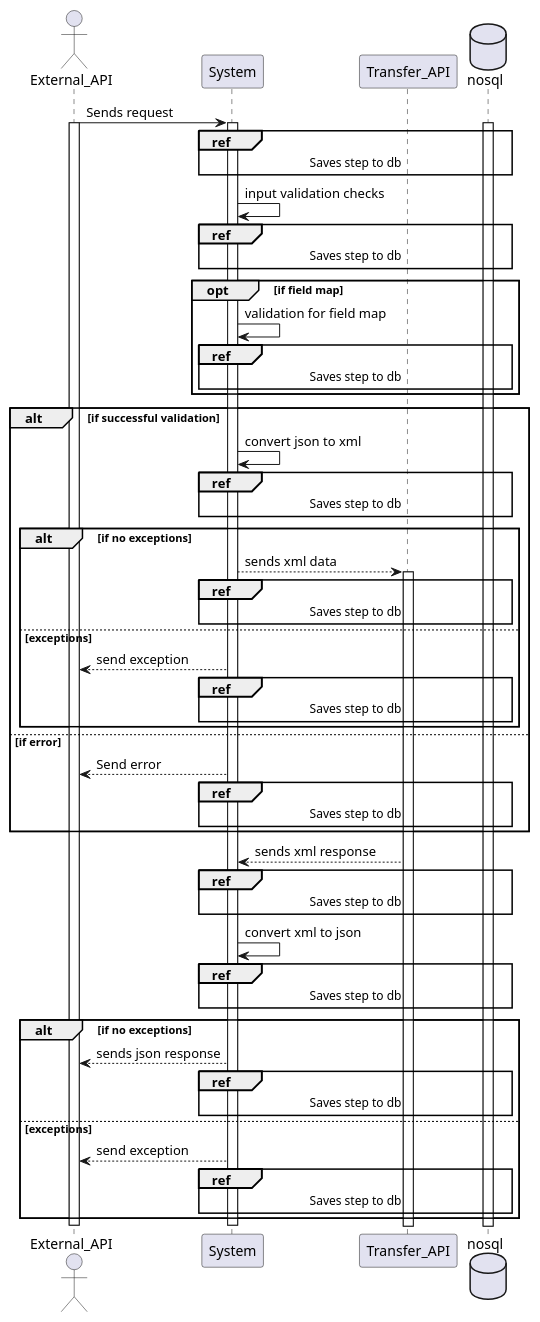
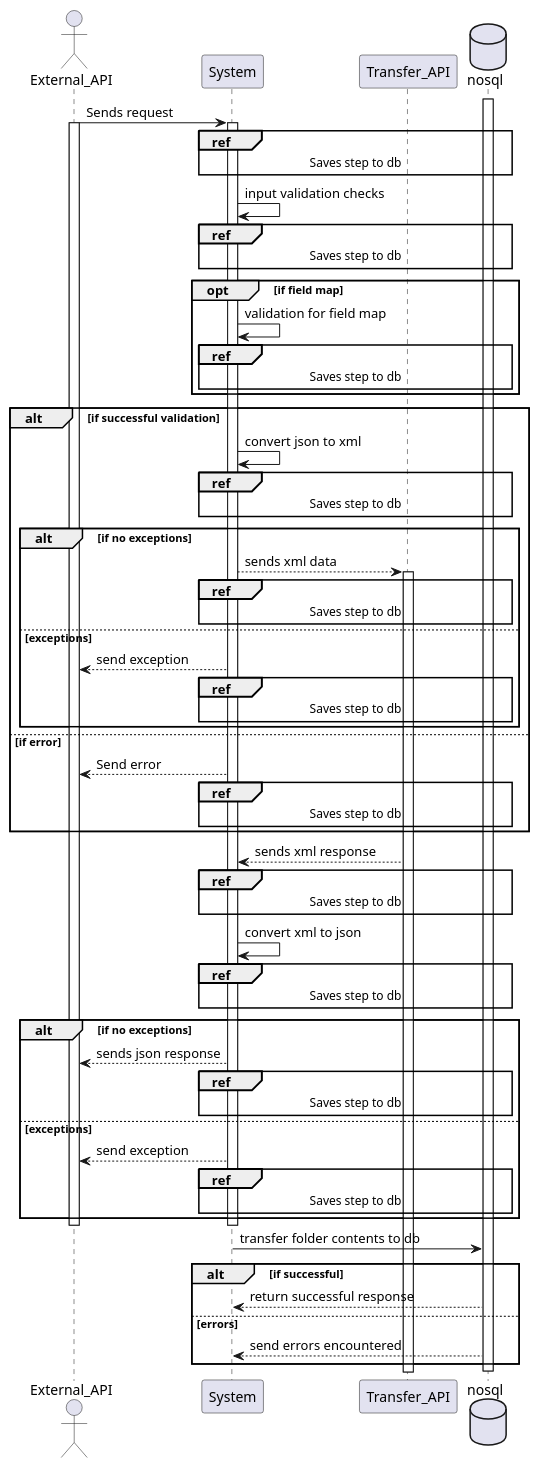
One commit to sadeeqilu/JsonToXML changed the diagram in src/doc/uml.puml. Above: the diagram before and after it, drawn with PlantUML. The commit also changed 1 other file, not shown here.

Commit message:
introduced folder operation for db

```diff
--- a/src/doc/uml.puml
+++ b/src/doc/uml.puml
@@ -1,68 +1,75 @@
 @startuml
 actor External_API
 participant System
 participant Transfer_API
 database nosql
 
 External_API -> System : Sends request
 activate External_API
 activate System  
-activate nosql
 ref over System, Transfer_API, nosql
  Saves step to db
 end ref
 System -> System : input validation checks
 ref over System, Transfer_API, nosql
  Saves step to db
 end ref
 opt if field map
     System -> System : validation for field map
     ref over System, Transfer_API, nosql
         Saves step to db
     end ref
     end
 alt if successful validation
     System -> System : convert json to xml
     ref over System, Transfer_API, nosql
         Saves step to db
     end ref  
     alt if no exceptions
         System --> Transfer_API : sends xml data
         ref over System, Transfer_API, nosql
             Saves step to db
         end ref  
         activate Transfer_API
     else exceptions
         System --> External_API : send exception
     ref over System, Transfer_API, nosql
         Saves step to db
     end ref
 end
 else if error
     System --> External_API : Send error
     ref over System, Transfer_API, nosql
         Saves step to db
     end ref
 end
 Transfer_API --> System : sends xml response
 ref over System, Transfer_API, nosql
  Saves step to db
 end ref
 System -> System : convert xml to json
 ref over System, Transfer_API, nosql
  Saves step to db
 end ref
 alt if no exceptions
     System --> External_API : sends json response
     ref over System, Transfer_API, nosql
         Saves step to db
     end ref
 else exceptions
     System --> External_API : send exception
     ref over System, Transfer_API, nosql
         Saves step to db
     end ref
 end
 deactivate External_API
 deactivate System
+activate nosql
+System -> nosql : transfer folder contents to db
+alt if successful
+    nosql --> System : return successful response
+else errors
+    nosql --> System : send errors encountered
+end
+deactivate nosql
 @enduml
```
